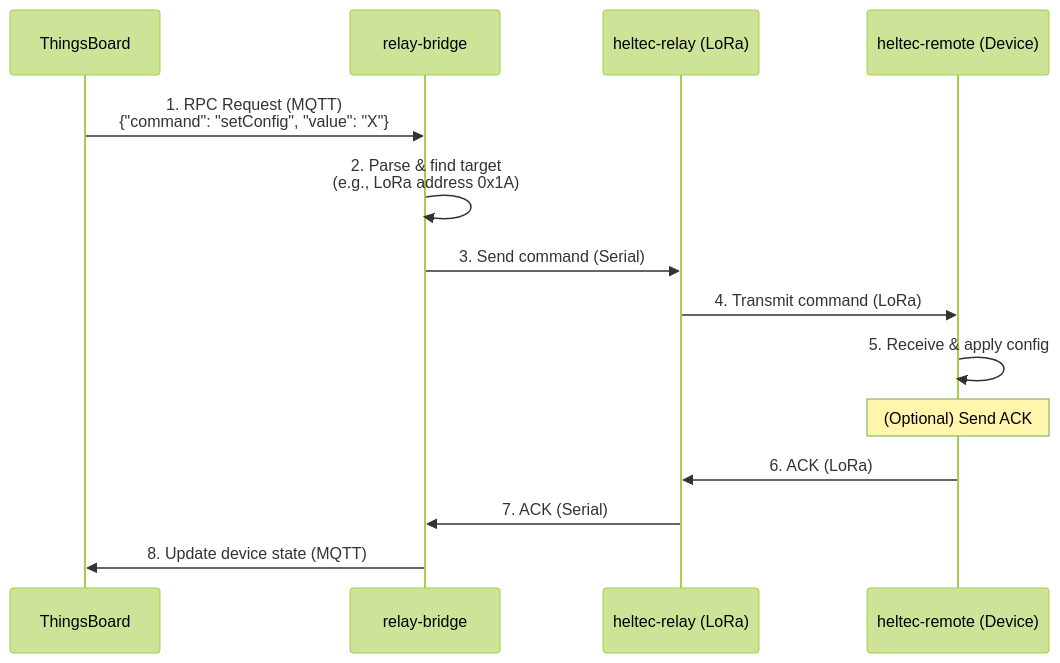
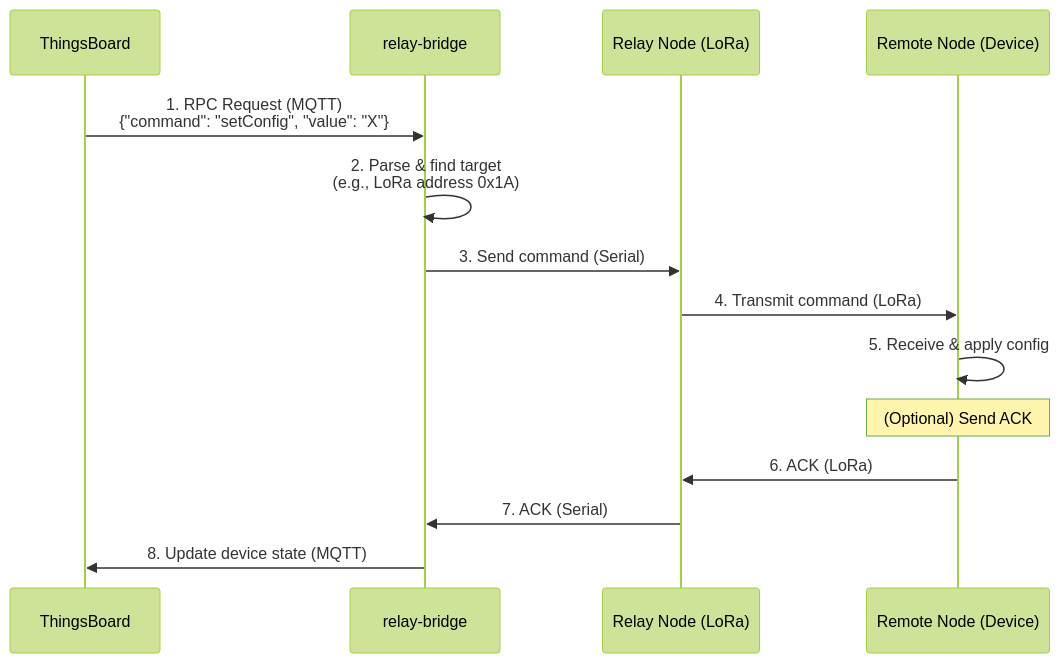
The second of 2 diagrams in docs/README.md (kisinga/far-mon), drawn with Mermaid (forest theme) before and after one commit. The commit also changed other lines of this file and 13 other files, not shown here.

````diff
--- a/docs/README.md
+++ b/docs/README.md
@@ -379,17 +379,17 @@
 ```mermaid
 sequenceDiagram
     participant TB as ThingsBoard
     participant RB as relay-bridge
-    participant HR as heltec-relay (LoRa)
-    participant HD as heltec-remote (Device)
+    participant HR as Relay Node (LoRa)
+    participant HD as Remote Node (Device)
 
     TB->>RB: 1. RPC Request (MQTT)<br>{"command": "setConfig", "value": "X"}
     RB->>RB: 2. Parse & find target<br>(e.g., LoRa address 0x1A)
     RB->>HR: 3. Send command (Serial)
     HR->>HD: 4. Transmit command (LoRa)
     HD->>HD: 5. Receive & apply config
     Note over HD: (Optional) Send ACK
     HD->>HR: 6. ACK (LoRa)
     HR->>RB: 7. ACK (Serial)
     RB->>TB: 8. Update device state (MQTT)
 ```
````
